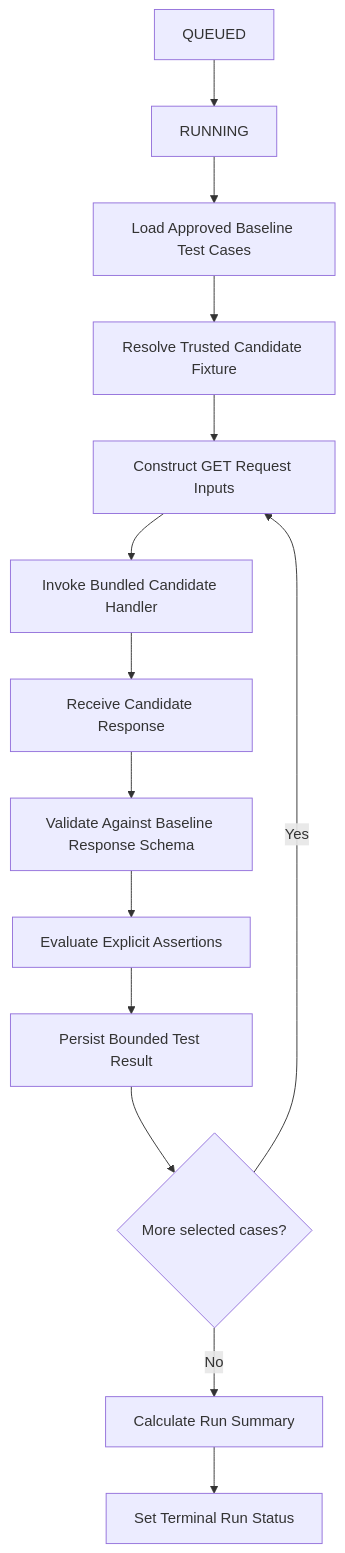
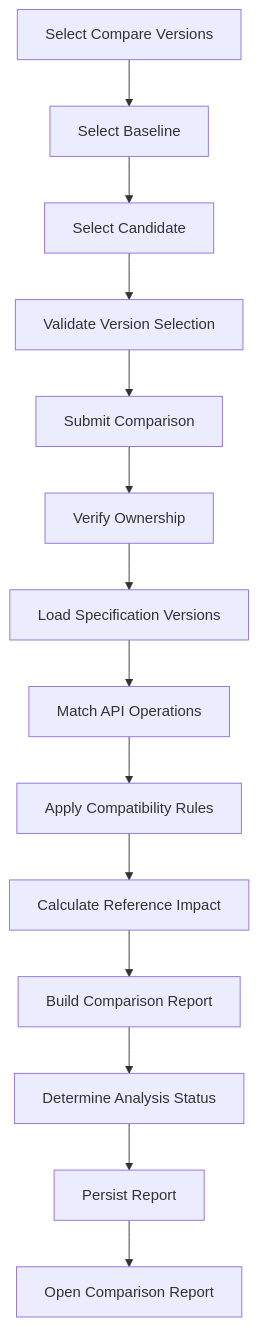
One commit to Swayam-Aggarwal/ContractGuard changed the third of 3 diagrams in docs/AppFlow.md. Above: the diagram before and after it, drawn with Mermaid. The commit also changed other lines of this file and 32 other files, not shown here.

````diff
--- a/docs/AppFlow.md
+++ b/docs/AppFlow.md
@@ -770,30 +631,31 @@
 ```mermaid
 flowchart TD
-    Queued["QUEUED"]
-    Running["RUNNING"]
-    Load["Load Approved Baseline Test Cases"]
-    Fixture["Resolve Trusted Candidate Fixture"]
-    Construct["Construct GET Request Inputs"]
-    Execute["Invoke Bundled Candidate Handler"]
-    Response["Receive Candidate Response"]
-    Validate["Validate Against Baseline Response Schema"]
-    Assert["Evaluate Explicit Assertions"]
-    Result["Persist Bounded Test Result"]
-    More{"More selected cases?"}
-    Final["Calculate Run Summary"]
-    Status["Set Terminal Run Status"]
+    Start["Select Compare Versions"]
+    Baseline["Select Baseline"]
+    Candidate["Select Candidate"]
+    Validate["Validate Version Selection"]
+    Submit["Submit Comparison"]
+    Ownership["Verify Ownership"]
+    Load["Load Specification Versions"]
+    Match["Match API Operations"]
+    Analyze["Apply Compatibility Rules"]
+    Impact["Calculate Reference Impact"]
+    Report["Build Comparison Report"]
+    Status["Determine Analysis Status"]
+    Persist["Persist Report"]
+    Display["Open Comparison Report"]
 
-    Queued --> Running
-    Running --> Load
-    Load --> Fixture
-    Fixture --> Construct
-    Construct --> Execute
-    Execute --> Response
-    Response --> Validate
-    Validate --> Assert
-    Assert --> Result
-    Result --> More
-    More -->|"Yes"| Construct
-    More -->|"No"| Final
-    Final --> Status
+    Start --> Baseline
+    Baseline --> Candidate
+    Candidate --> Validate
+    Validate --> Submit
+    Submit --> Ownership
+    Ownership --> Load
+    Load --> Match
+    Match --> Analyze
+    Analyze --> Impact
+    Impact --> Report
+    Report --> Status
+    Status --> Persist
+    Persist --> Display
 ```
````
